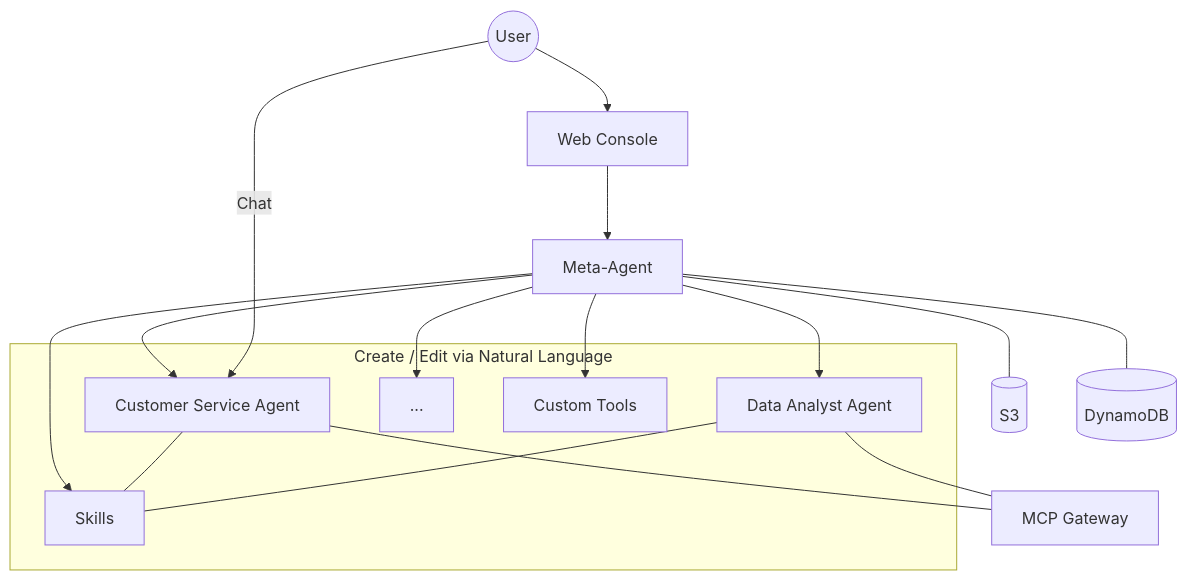
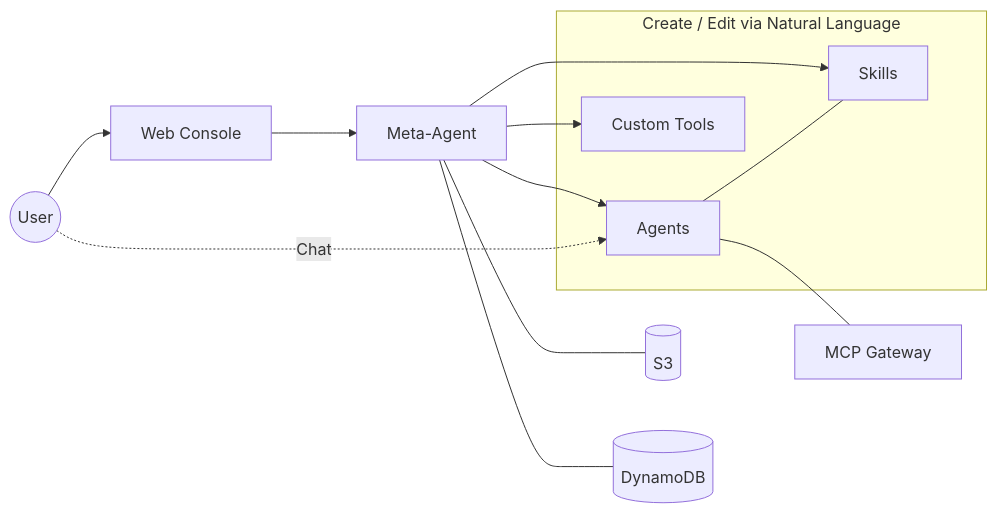
The second of 2 diagrams in README.md (ddpie/agent-studio), drawn with Mermaid before and after one commit. The commit also changed other lines of this file, not shown here.

Commit message:
README update

````diff
--- a/README.md
+++ b/README.md
@@ -106,26 +100,20 @@
 ```mermaid
-graph TB
-    User((User))
-    FE[Web Console]
-    META[Meta-Agent]
+graph LR
+    User((User)) --> FE[Web Console]
+    FE --> META[Meta-Agent]
+
+    META --> Agents
+    META --> Skills
+    META --> Tools[Custom Tools]
 
     subgraph Create / Edit via Natural Language
-        A1[Customer Service Agent]
-        A2[Data Analyst Agent]
-        A3[...]
+        Agents[Agents]
         Skills[Skills]
-        Tools[Custom Tools]
+        Tools
     end
 
-    MCP[MCP Gateway]
-    S3[(S3)]
-    DDB[(DynamoDB)]
-
-    User --> FE --> META
-    META --> A1 & A2 & A3
-    META --> Skills & Tools
-    META --- S3 & DDB
-    A1 & A2 --- MCP
-    A1 & A2 --- Skills
-    User -->|Chat| A1
+    Agents --- MCP[MCP Gateway]
+    Agents --- Skills
+    META --- S3[(S3)] & DDB[(DynamoDB)]
+    User -.->|Chat| Agents
 ```
````
